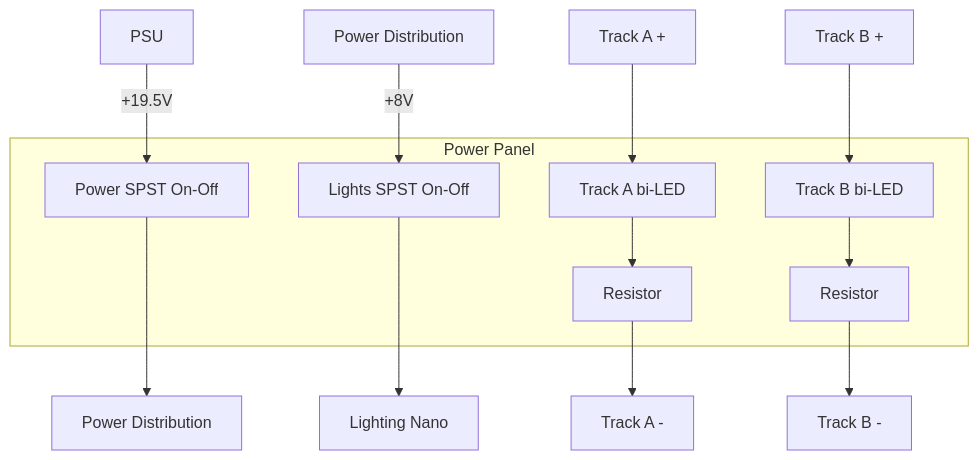
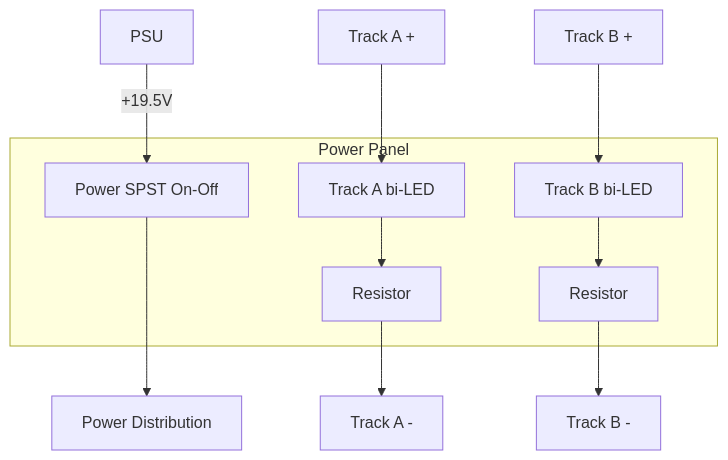
One commit to kmltechio/lumber_district changed the third of 4 diagrams in diagrams.md. Above: the diagram before and after it, drawn with Mermaid.

Commit message:
Update diagrams.md
removed physical lighting toggle....will usE EX-RAIL automation for lighting

````diff
--- a/diagrams.md
+++ b/diagrams.md
@@ -51,15 +51,13 @@
 ```mermaid
 flowchart 
   subgraph Panel[Power Panel]
     Toggle1[Power SPST On-Off]
-    Toggle2[Lights SPST On-Off]
     LED1A["Track A bi-LED"]
     ResistorA[Resistor]
     LED1B["Track B bi-LED"]
     ResistorB[Resistor]
     end
   PSU -->|"+19.5V"| Toggle1 ---> pd[Power Distribution]
-  pd8[Power Distribution] -->|"+8V"| Toggle2 ---> Lights[Lighting Nano]
   TrackA["Track A +"] --> LED1A --> ResistorA --> TrackAneg["Track A -"]
   TrackB["Track B +"] --> LED1B --> ResistorB --> TrackBneg["Track B -"]
 ```
````
